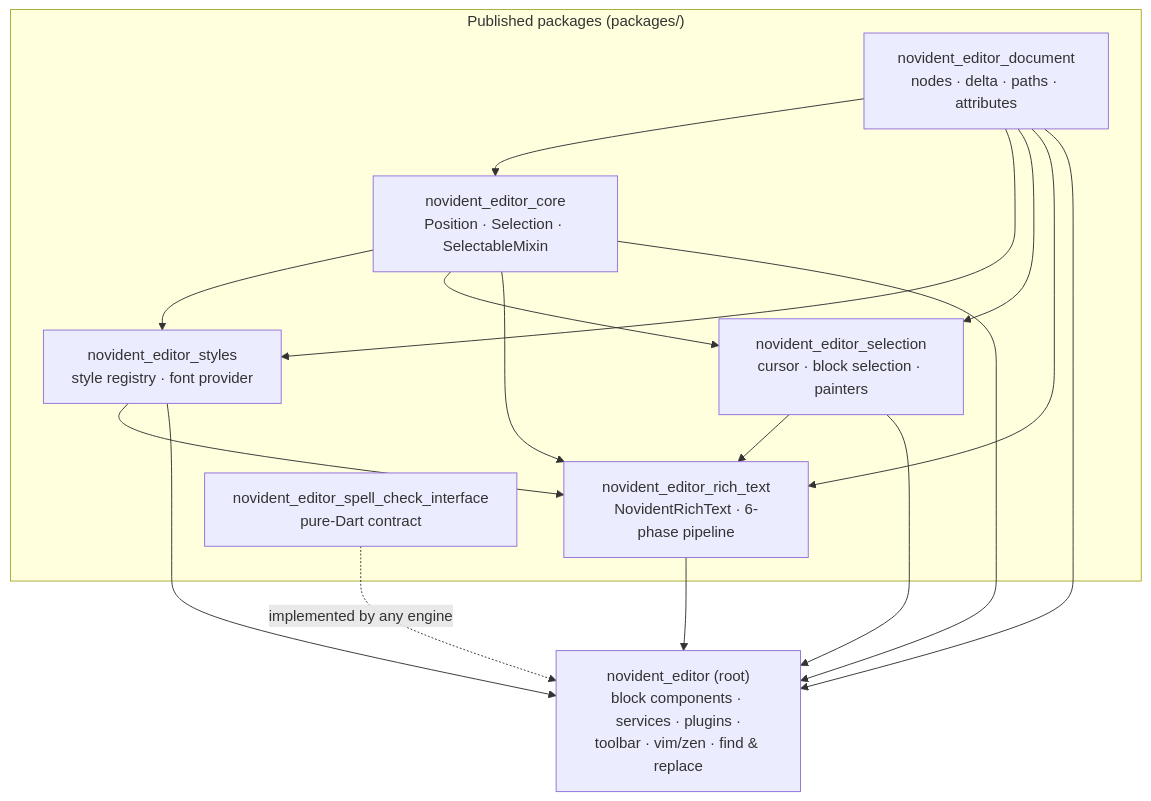
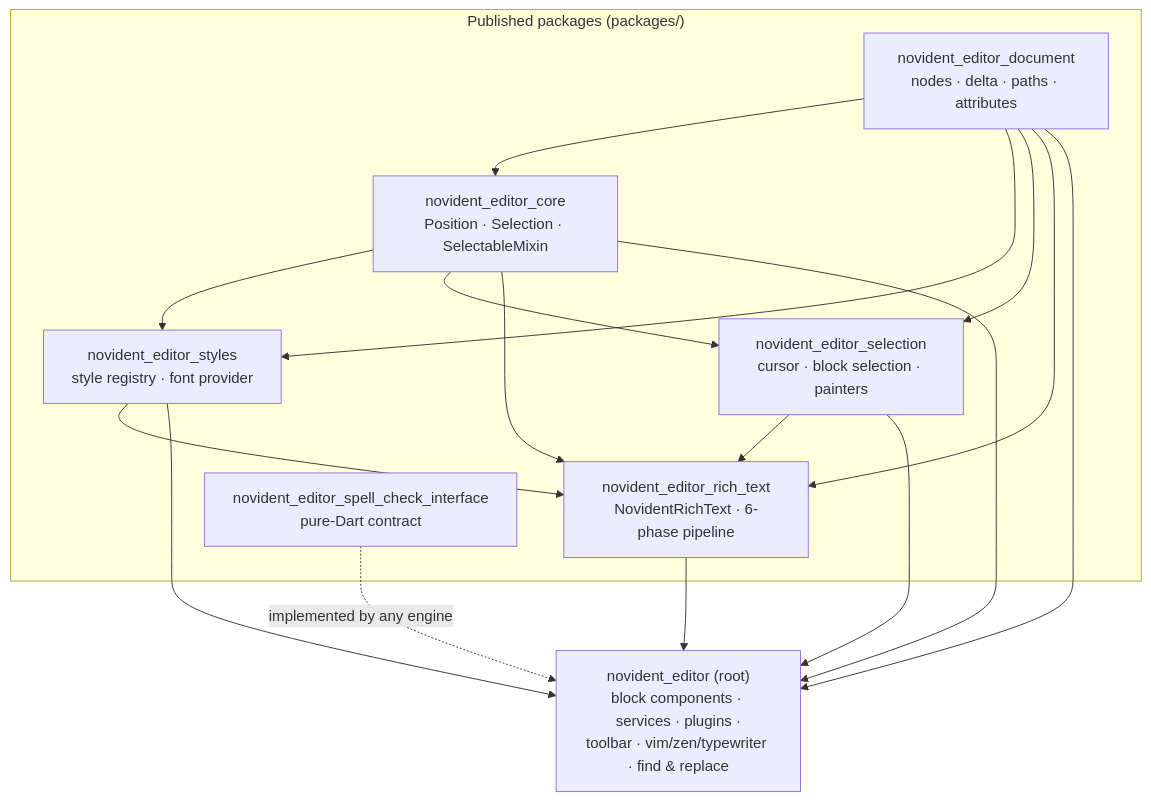
One commit to Novident/novident-editor changed the first of 4 diagrams in ARCHITECT.md. Above: the diagram before and after it, drawn with Mermaid. The commit also changed other lines of this file and 33 other files, not shown here.

First line of the commit message:
fix: zen mode performance refactor, color-based dimming, O(1) rebuilds, and standalone typewriter (#34)

````diff
--- a/ARCHITECT.md
+++ b/ARCHITECT.md
@@ -41,28 +41,28 @@
 ```mermaid
 flowchart TB
     subgraph published["Published packages (packages/)"]
         doc["novident_editor_document<br/>nodes · delta · paths · attributes"]
         core["novident_editor_core<br/>Position · Selection · SelectableMixin"]
         styles["novident_editor_styles<br/>style registry · font provider"]
         sel["novident_editor_selection<br/>cursor · block selection · painters"]
         rt["novident_editor_rich_text<br/>NovidentRichText · 6-phase pipeline"]
         sc["novident_editor_spell_check_interface<br/>pure-Dart contract"]
     end
-    root["novident_editor (root)<br/>block components · services · plugins ·<br/>toolbar · vim/zen · find & replace"]
+    root["novident_editor (root)<br/>block components · services · plugins ·<br/>toolbar · vim/zen/typewriter · find & replace"]
 
     doc --> core
     doc --> styles
     core --> styles
     doc --> sel
     core --> sel
     doc --> rt
     core --> rt
     styles --> rt
     sel --> rt
     doc --> root
     core --> root
     styles --> root
     sel --> root
     rt --> root
     sc -. "implemented by any engine" .-> root
 ```
````
